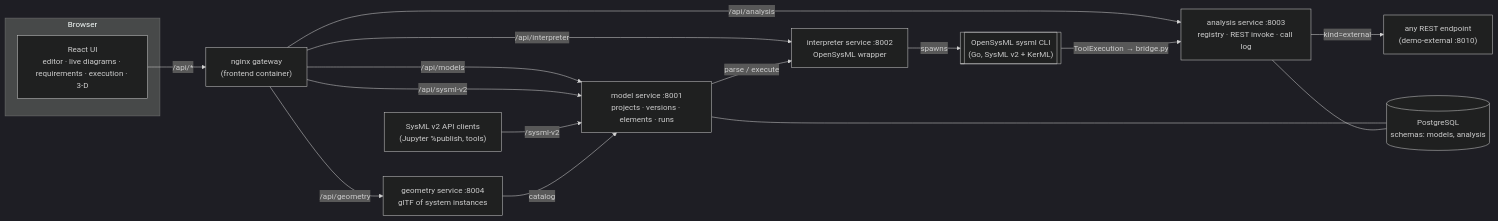
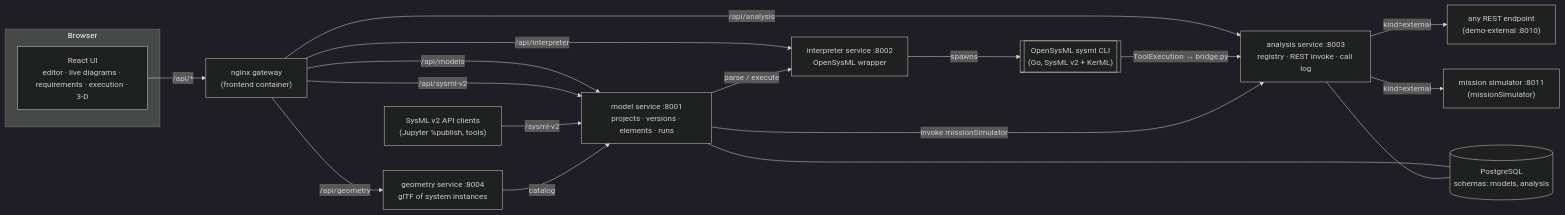
One commit to jaydeanmartin/sysml changed the diagram in README.md. Above: the diagram before and after it, drawn with Mermaid (dark theme). The commit also changed other lines of this file and 22 other files, not shown here.

Commit message:
add mission simulator

````diff
--- a/README.md
+++ b/README.md
@@ -5,20 +5,22 @@
 ```mermaid
 flowchart LR
   subgraph Browser
     UI["React UI<br/>editor · live diagrams · requirements · execution · 3-D"]
   end
   UI -->|/api/*| GW["nginx gateway<br/>(frontend container)"]
   GW -->|/api/models| MS["model service :8001<br/>projects · versions · elements · runs"]
   GW -->|/api/sysml-v2| MS
   CL["SysML v2 API clients<br/>(Jupyter %publish, tools)"] -->|/sysml-v2| MS
   GW -->|/api/analysis| AS["analysis service :8003<br/>registry · REST invoke · call log"]
   GW -->|/api/interpreter| IS["interpreter service :8002<br/>OpenSysML wrapper"]
   GW -->|/api/geometry| GS["geometry service :8004<br/>glTF of system instances"]
   GS -->|catalog| MS
   MS -->|parse / execute| IS
   IS -->|spawns| OS[["OpenSysML sysml CLI<br/>(Go, SysML v2 + KerML)"]]
   OS -->|ToolExecution → bridge.py| AS
   AS -->|kind=external| EXT["any REST endpoint<br/>(demo-external :8010)"]
+  AS -->|kind=external| SIM["mission simulator :8011<br/>(missionSimulator)"]
+  MS -->|invoke missionSimulator| AS
   MS --- PG[(PostgreSQL<br/>schemas: models, analysis)]
   AS --- PG
 ```
````
